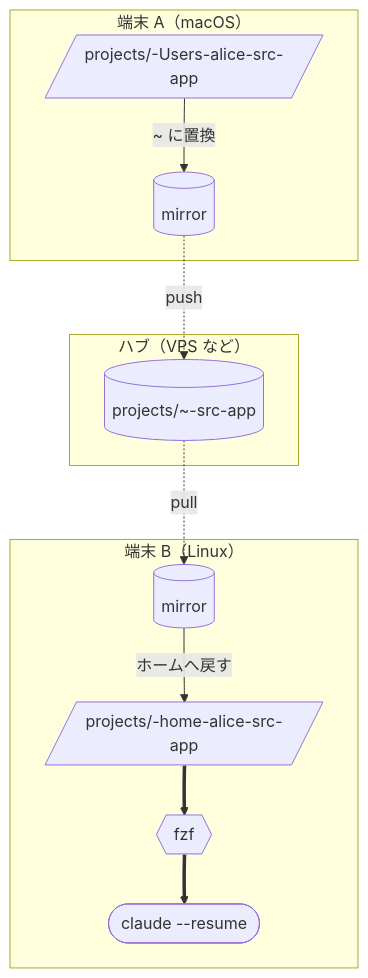
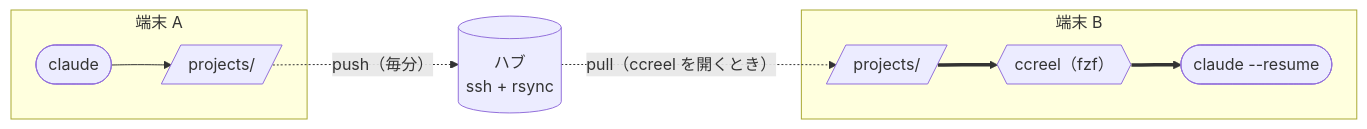
The second of 2 diagrams in README.md (yktsnet/ccreel), drawn with Mermaid before and after one commit. The commit also changed other lines of this file and 1 other file, not shown here.

Commit message:
docs: show the sync as a plain push/pull exchange and keep three decisions in the README

````diff
--- a/README.md
+++ b/README.md
@@ -64,21 +62,12 @@
 ```mermaid
-flowchart TD
-  subgraph A["端末 A（macOS）"]
-    a1[/"projects/-Users-alice-src-app"/]
-    am[("mirror")]
+flowchart LR
+  subgraph A["端末 A"]
+    ca(["claude"]) --> pa[/"projects/"/]
   end
-  subgraph H["ハブ（VPS など）"]
-    hub[("projects/~-src-app")]
+  hub[("ハブ<br/>ssh + rsync")]
+  subgraph B["端末 B"]
+    pb[/"projects/"/] ==> fzf{{"ccreel（fzf）"}} ==> cl(["claude --resume"])
   end
-  subgraph B["端末 B（Linux）"]
-    bm[("mirror")]
-    b1[/"projects/-home-alice-src-app"/]
-    fzf{{"fzf"}}
-    cl(["claude --resume"])
-  end
-  a1 -->|"~ に置換"| am
-  am -.->|push| hub
-  hub -.->|pull| bm
-  bm -->|"ホームへ戻す"| b1
-  b1 ==> fzf ==> cl
+  pa -.->|"push（毎分）"| hub
+  hub -.->|"pull（ccreel を開くとき）"| pb
 ```
````
